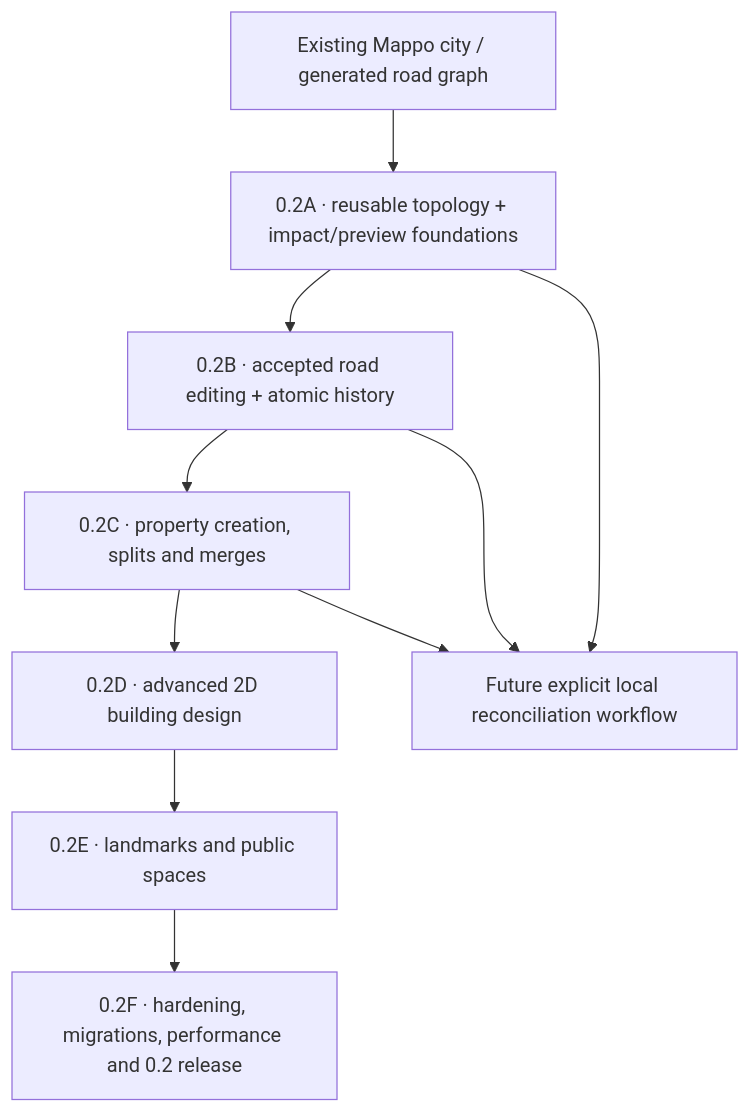
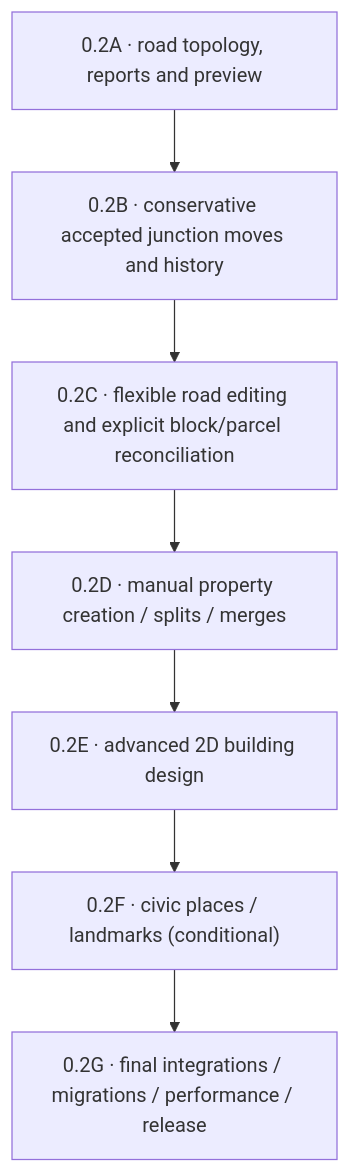
The diagram in docs/plans/0.2/README.md (xbwtyz/Mappo), drawn with Mermaid before and after one commit. The commit also changed other lines of this file and 2 other files, not shown here.

Commit message:
docs(0.2): adopt flexible road editing for C1-C6 and rephase downstream roadmap

````diff
--- a/docs/plans/0.2/README.md
+++ b/docs/plans/0.2/README.md
@@ -17,12 +15,9 @@
 ```mermaid
 flowchart TD
-    G["Existing Mappo city / generated road graph"] --> A["0.2A · reusable topology + impact/preview foundations"]
-    A --> B["0.2B · accepted road editing + atomic history"]
-    B --> C["0.2C · property creation, splits and merges"]
-    C --> D["0.2D · advanced 2D building design"]
-    D --> E["0.2E · landmarks and public spaces"]
-    E --> F["0.2F · hardening, migrations, performance and 0.2 release"]
-    A --> R["Future explicit local reconciliation workflow"]
-    B --> R
-    C --> R
+  A["0.2A · road topology, reports and preview"] --> B["0.2B · conservative accepted junction moves and history"]
+  B --> C["0.2C · flexible road editing and explicit block/parcel reconciliation"]
+  C --> D["0.2D · manual property creation / splits / merges"]
+  D --> E["0.2E · advanced 2D building design"]
+  E --> F["0.2F · civic places / landmarks (conditional)"]
+  F --> G["0.2G · final integrations / migrations / performance / release"]
 ```
````
